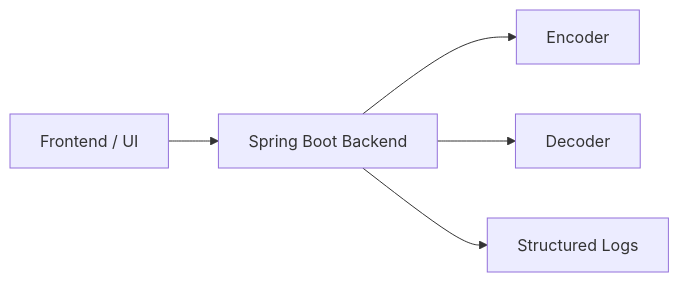
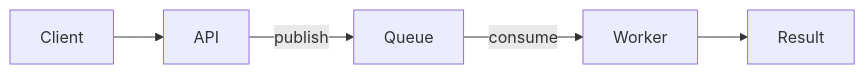
The second of 2 diagrams in README.md (Karimkhab/shamir-secret-dnp), drawn with Mermaid before and after one commit. The commit also changed other lines of this file and 17 other files, not shown here.

````diff
--- a/README.md
+++ b/README.md
@@ -9,7 +38,7 @@
 ```mermaid
 flowchart LR
-    UI["Frontend / UI"] --> API["Spring Boot Backend"]
-    API --> ENC["Encoder"]
-    API --> DEC["Decoder"]
-    API --> LOGS["Structured Logs"]
+    CLIENT["Client"] --> API["API"]
+    API -->|publish| MQ["Queue"]
+    MQ -->|consume| WORKER["Worker"]
+    WORKER --> RESULT["Result"]
 ```
````
